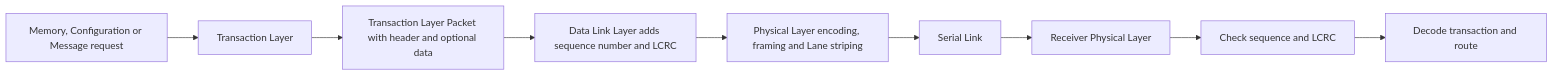
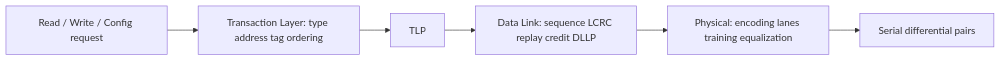
One commit to cdragon-ljl/EEandEdgeAI changed the third of 4 diagrams in docs/articles/pcie/pci-01-topology-link-tlp.md. Above: the diagram before and after it, drawn with Mermaid. The commit also changed other lines of this file and 3 other files, not shown here.

````diff
--- a/docs/articles/pcie/pci-01-topology-link-tlp.md
+++ b/docs/articles/pcie/pci-01-topology-link-tlp.md
@@ -75,11 +93,8 @@
 ```mermaid
 flowchart LR
-    REQ[Memory, Configuration or Message request] --> TL[Transaction Layer]
-    TL --> TLP[Transaction Layer Packet with header and optional data]
-    TLP --> DL[Data Link Layer adds sequence number and LCRC]
-    DL --> PHY[Physical Layer encoding, framing and Lane striping]
-    PHY --> WIRE[Serial Link]
-    WIRE --> RPHY[Receiver Physical Layer]
-    RPHY --> RDL[Check sequence and LCRC]
-    RDL --> RTL[Decode transaction and route]
+    REQ[Read / Write / Config request] --> TL[Transaction Layer: type address tag ordering]
+    TL --> TLP[TLP]
+    TLP --> DL[Data Link: sequence LCRC replay credit DLLP]
+    DL --> PHY[Physical: encoding lanes training equalization]
+    PHY --> WIRE[Serial differential pairs]
 ```
````
